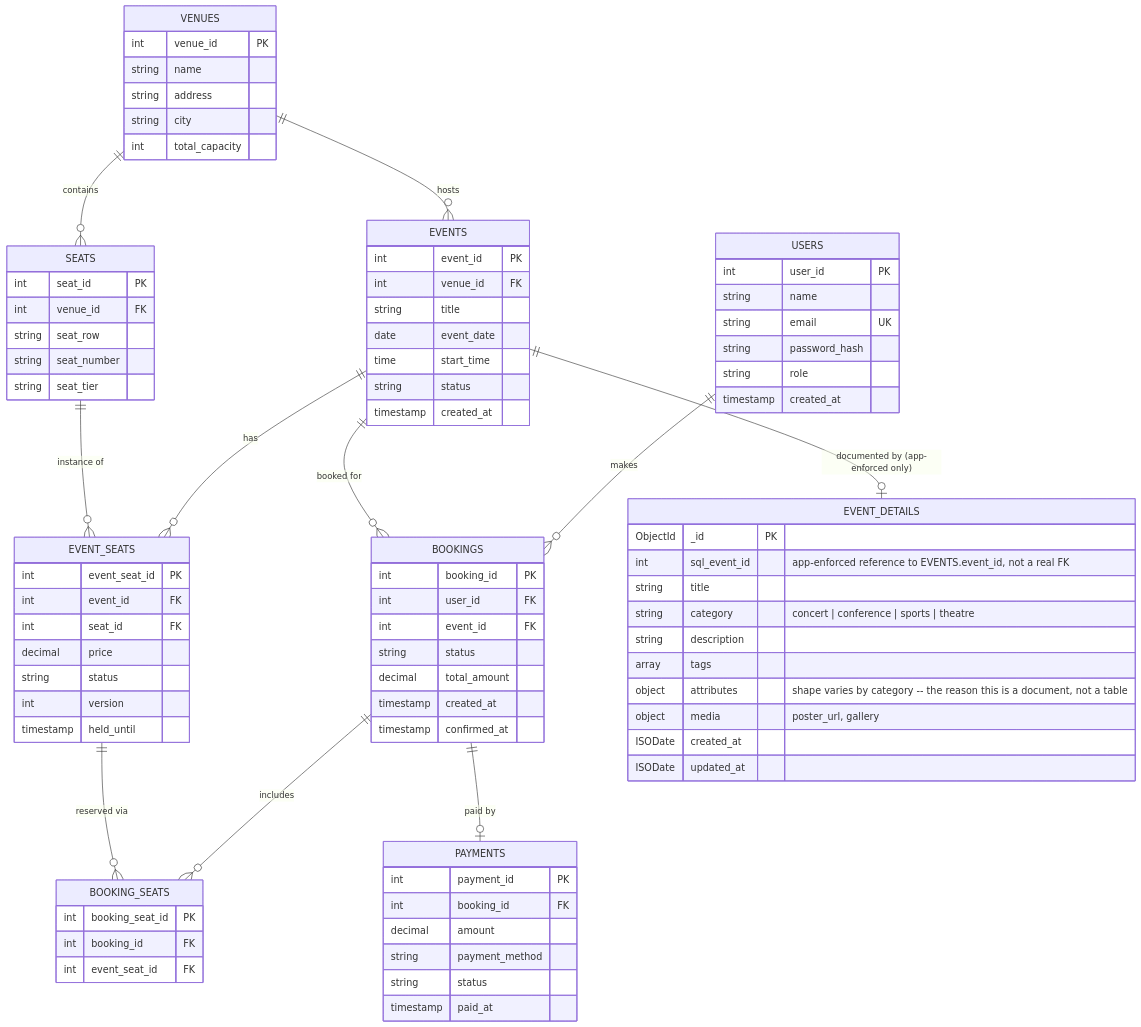
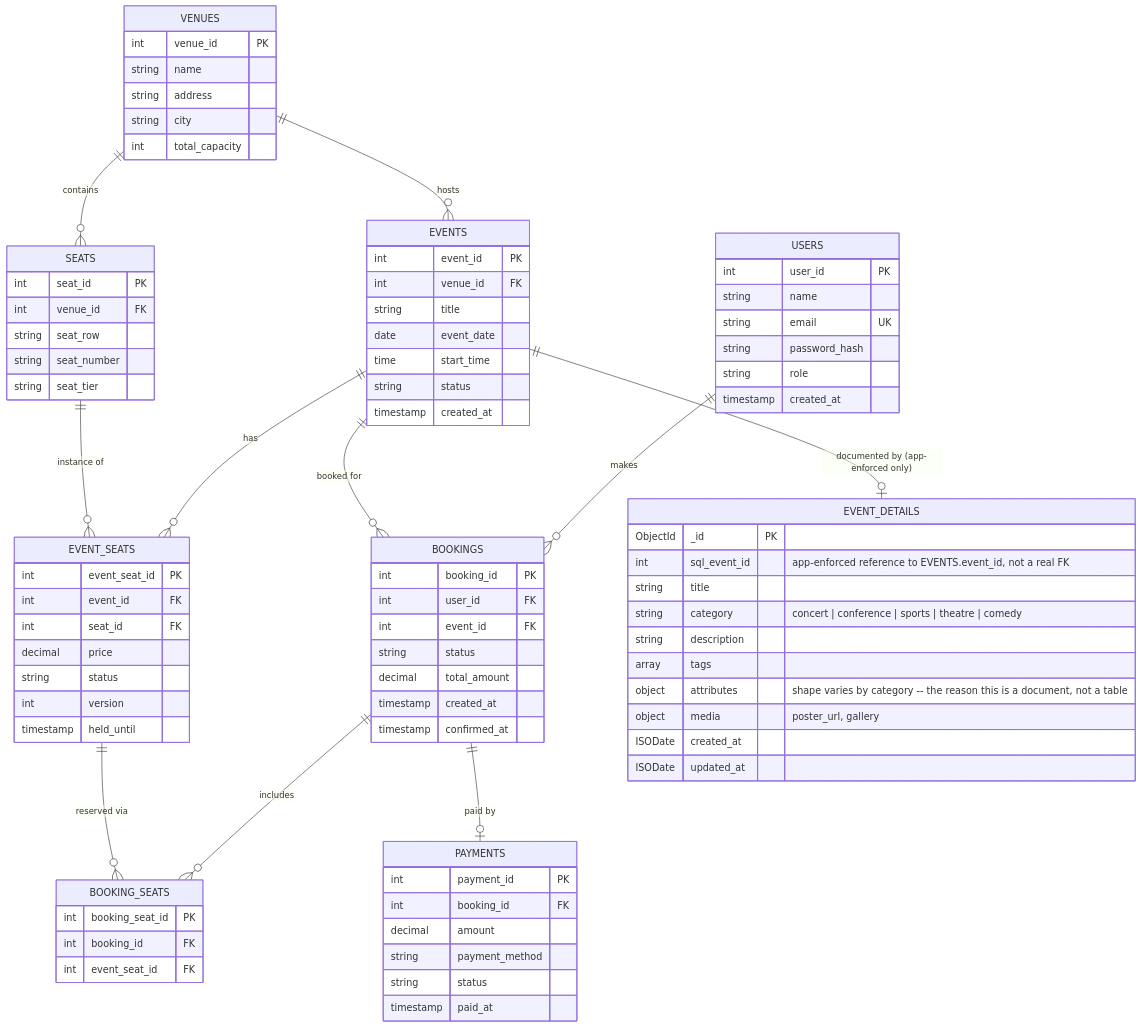
Before and after one commit to zawnaylin/gisma-advance-database-assessment: the diagram in docs/erd.mmd, drawn with Mermaid. The commit also changed 17 other files, not shown here.

```diff
--- a/docs/erd.mmd
+++ b/docs/erd.mmd
@@ -1,103 +1,103 @@
 erDiagram
     USERS {
         int user_id PK
         string name
         string email UK
         string password_hash
         string role
         timestamp created_at
     }
 
     VENUES {
         int venue_id PK
         string name
         string address
         string city
         int total_capacity
     }
 
     SEATS {
         int seat_id PK
         int venue_id FK
         string seat_row
         string seat_number
         string seat_tier
     }
 
     EVENTS {
         int event_id PK
         int venue_id FK
         string title
         date event_date
         time start_time
         string status
         timestamp created_at
     }
 
     EVENT_SEATS {
         int event_seat_id PK
         int event_id FK
         int seat_id FK
         decimal price
         string status
         int version
         timestamp held_until
     }
 
     BOOKINGS {
         int booking_id PK
         int user_id FK
         int event_id FK
         string status
         decimal total_amount
         timestamp created_at
         timestamp confirmed_at
     }
 
     BOOKING_SEATS {
         int booking_seat_id PK
         int booking_id FK
         int event_seat_id FK
     }
 
     PAYMENTS {
         int payment_id PK
         int booking_id FK
         decimal amount
         string payment_method
         string status
         timestamp paid_at
     }
 
     VENUES ||--o{ SEATS : "contains"
     VENUES ||--o{ EVENTS : "hosts"
     EVENTS ||--o{ EVENT_SEATS : "has"
     SEATS ||--o{ EVENT_SEATS : "instance of"
     USERS ||--o{ BOOKINGS : "makes"
     EVENTS ||--o{ BOOKINGS : "booked for"
     BOOKINGS ||--o{ BOOKING_SEATS : "includes"
     EVENT_SEATS ||--o{ BOOKING_SEATS : "reserved via"
     BOOKINGS ||--o| PAYMENTS : "paid by"
 
     %% --- Different domain below: a MongoDB collection, not a Postgres table. ---
     %% EVENT_DETAILS holds category-specific event content -- the "attributes"
     %% field is deliberately unshaped (a concert's artist, a conference's
     %% speaker list, a sports fixture's teams are all different shapes) --
     %% exactly the case a rigid relational column set handles poorly.
     %% The relationship below is NOT a real foreign key: sql_event_id is an
     %% application-maintained reference across two separate database
     %% systems, with no engine on either side able to enforce it.
     EVENT_DETAILS {
         ObjectId _id PK
         int sql_event_id "app-enforced reference to EVENTS.event_id, not a real FK"
         string title
-        string category "concert | conference | sports | theatre"
+        string category "concert | conference | sports | theatre | comedy"
         string description
         array tags
         object attributes "shape varies by category -- the reason this is a document, not a table"
         object media "poster_url, gallery"
         ISODate created_at
         ISODate updated_at
     }
 
     EVENTS ||--o| EVENT_DETAILS : "documented by (app-enforced only)"
```
